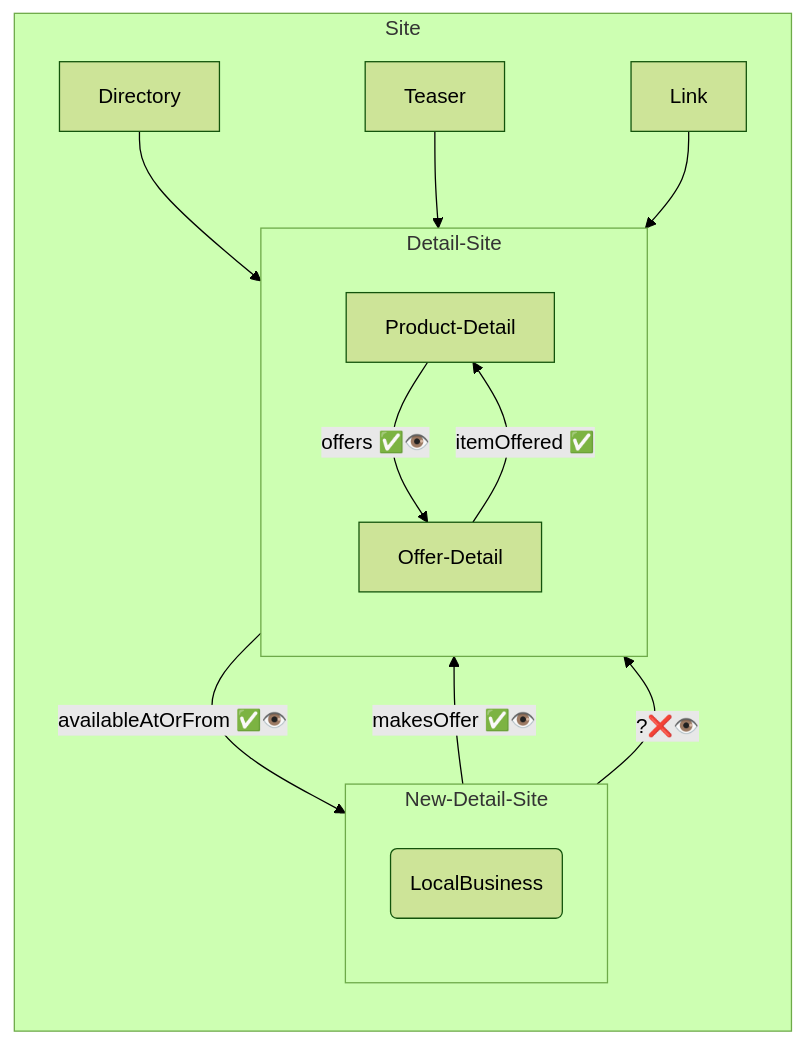
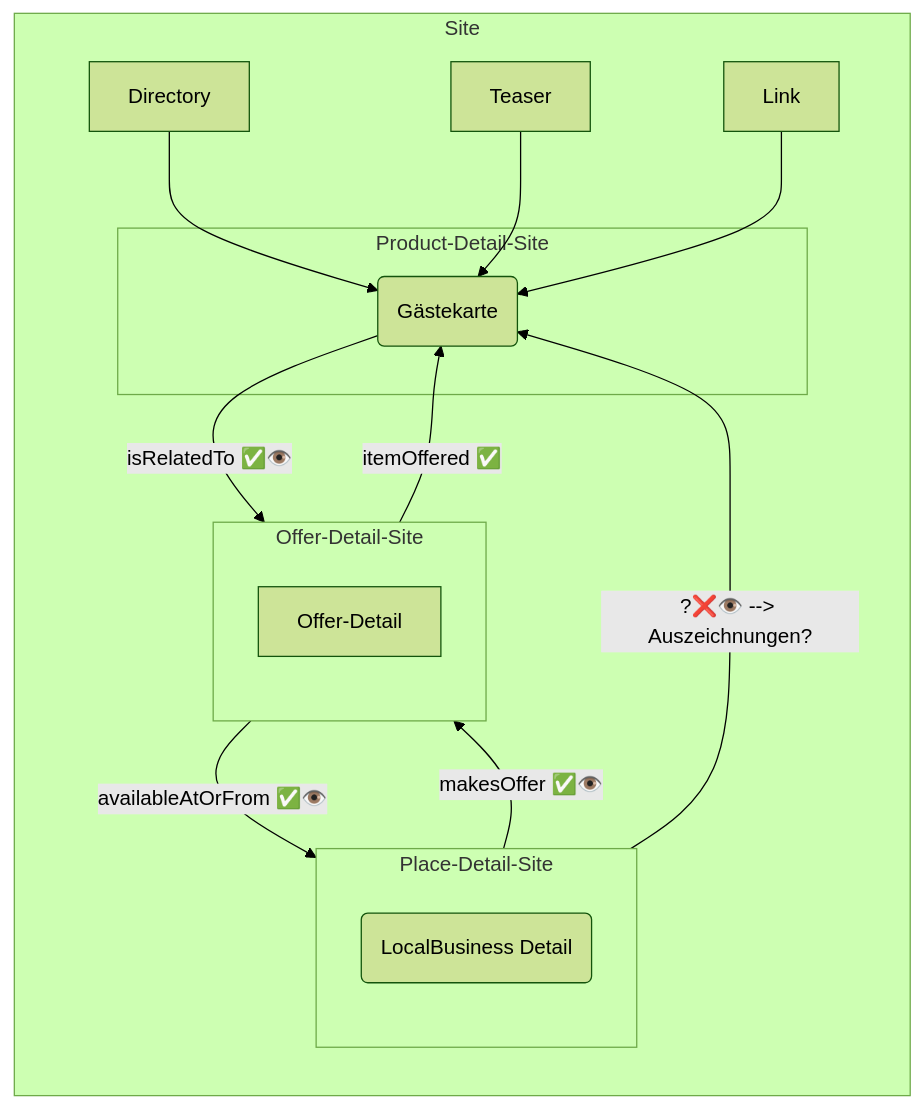
Before and after one commit to contentdesk/docs.contentdesk.io: the fourth of 6 diagrams in docs/concepts/produkte-und-angebote.md, drawn with Mermaid (forest theme). The commit also changed other lines of this file, not shown here.

Commit message:
Enhance sitemap documentation with detailed case examples for Allgemein and Gästekarte, including updated relationships and connections between Offer-Detail and Place-Detail.

````diff
--- a/docs/concepts/produkte-und-angebote.md
+++ b/docs/concepts/produkte-und-angebote.md
@@ -100,22 +130,25 @@
 ``` mermaid
 graph TB
     subgraph Site
         direction TB
-        Directory --> Product-Detail
+        Directory --> Product-Detail("Gästekarte")
         Teaser --> Product-Detail
         Link --> Product-Detail
 
-        Product-Detail -->|"offers ✅👁️"| Offer-Detail
         Place-Detail --> |"makesOffer ✅👁️"| Offer-Detail
-        Place-Detail --> |"?❌👁️"| Product-Detail
-        subgraph New-Detail-Site
+        
+        subgraph Place-Detail-Site
             direction TB
-            Place-Detail("LocalBusiness")
+            Place-Detail("LocalBusiness Detail")
         end
-        subgraph Detail-Site
+        subgraph Offer-Detail-Site
             direction TB
             Offer-Detail --> |"availableAtOrFrom ✅👁️"|Place-Detail
+        end
+        subgraph Product-Detail-Site
+            Product-Detail -->|"isRelatedTo ✅👁️"| Offer-Detail
             Offer-Detail --> |"itemOffered ✅"| Product-Detail
+            Place-Detail --> |"?❌👁️ --> Auszeichnungen?"| Product-Detail
         end
     end
 ```
````
